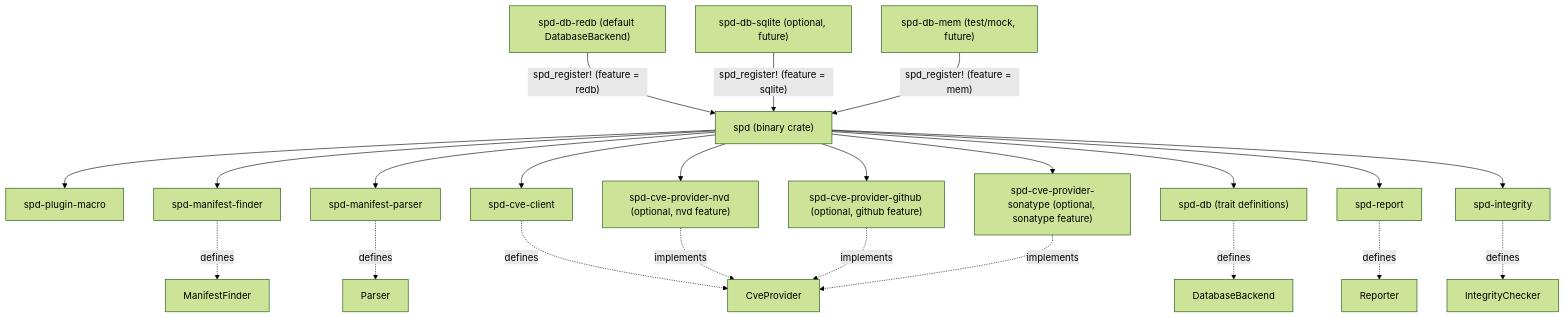
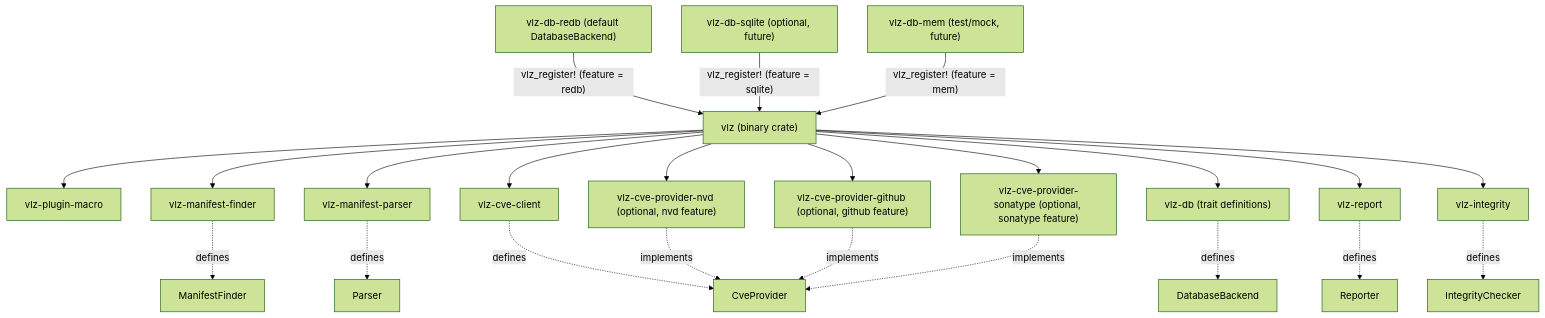
Before and after one commit to verilyze/verilyze: the diagram in architecture/workspace-layout.mmd, drawn with Mermaid (forest theme). The commit also changed 125 other files, not shown here.

```diff
--- a/architecture/workspace-layout.mmd
+++ b/architecture/workspace-layout.mmd
@@ -1,44 +1,44 @@
 graph TD
     %% Core binary
-    A["spd (binary crate)"]
+    A["vlz (binary crate)"]
     %% Macro crate (used by binary for plugin registration)
-    M["spd-plugin-macro"]
+    M["vlz-plugin-macro"]
     %% Library crates
-    B["spd-manifest-finder"]
-    C["spd-manifest-parser"]
-    D["spd-cve-client"]
-    D2["spd-cve-provider-nvd (optional, nvd feature)"]
-    D3["spd-cve-provider-github (optional, github feature)"]
-    D4["spd-cve-provider-sonatype (optional, sonatype feature)"]
-    E["spd-db (trait definitions)"]
-    F["spd-report"]
-    G["spd-integrity"]
+    B["vlz-manifest-finder"]
+    C["vlz-manifest-parser"]
+    D["vlz-cve-client"]
+    D2["vlz-cve-provider-nvd (optional, nvd feature)"]
+    D3["vlz-cve-provider-github (optional, github feature)"]
+    D4["vlz-cve-provider-sonatype (optional, sonatype feature)"]
+    E["vlz-db (trait definitions)"]
+    F["vlz-report"]
+    G["vlz-integrity"]
     %% Concrete implementations (plug‑ins)
-    H["spd-db-redb (default DatabaseBackend)"]
-    I["spd-db-sqlite (optional, future)"]
-    J["spd-db-mem (test/mock, future)"]
+    H["vlz-db-redb (default DatabaseBackend)"]
+    I["vlz-db-sqlite (optional, future)"]
+    J["vlz-db-mem (test/mock, future)"]
     %% Edges from binary to libraries
     A --> B
     A --> C
     A --> D
     A --> D2
     A --> D3
     A --> D4
     A --> E
     A --> F
     A --> G
     A --> M
     %% Edges from libraries to the traits they expose (collapsed for brevity)
     B -.->|defines| ManifestFinder
     C -.->|defines| Parser
     D -.->|defines| CveProvider
     D2 -.->|implements| CveProvider
     D3 -.->|implements| CveProvider
     D4 -.->|implements| CveProvider
     E -.->|defines| DatabaseBackend
     F -.->|defines| Reporter
     G -.->|defines| IntegrityChecker
     %% Registration edges (plug‑in discovery)
-    H -->|"spd_register! (feature = redb)"| A
-    I -->|"spd_register! (feature = sqlite)"| A
-    J -->|"spd_register! (feature = mem)"| A
+    H -->|"vlz_register! (feature = redb)"| A
+    I -->|"vlz_register! (feature = sqlite)"| A
+    J -->|"vlz_register! (feature = mem)"| A
```
